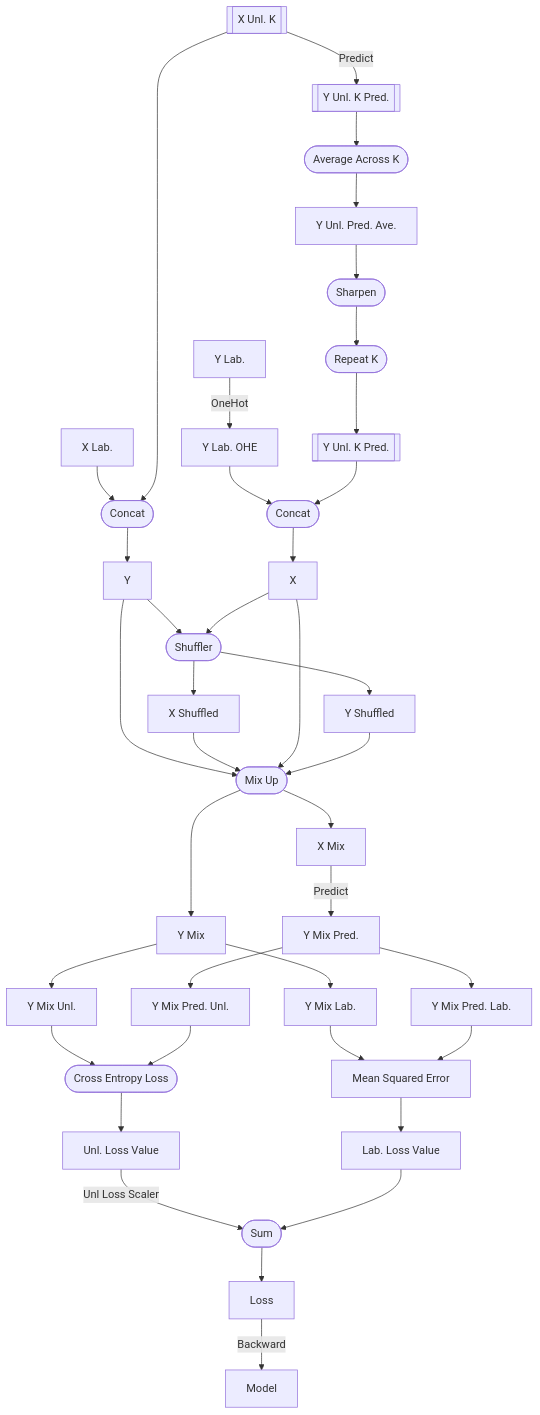
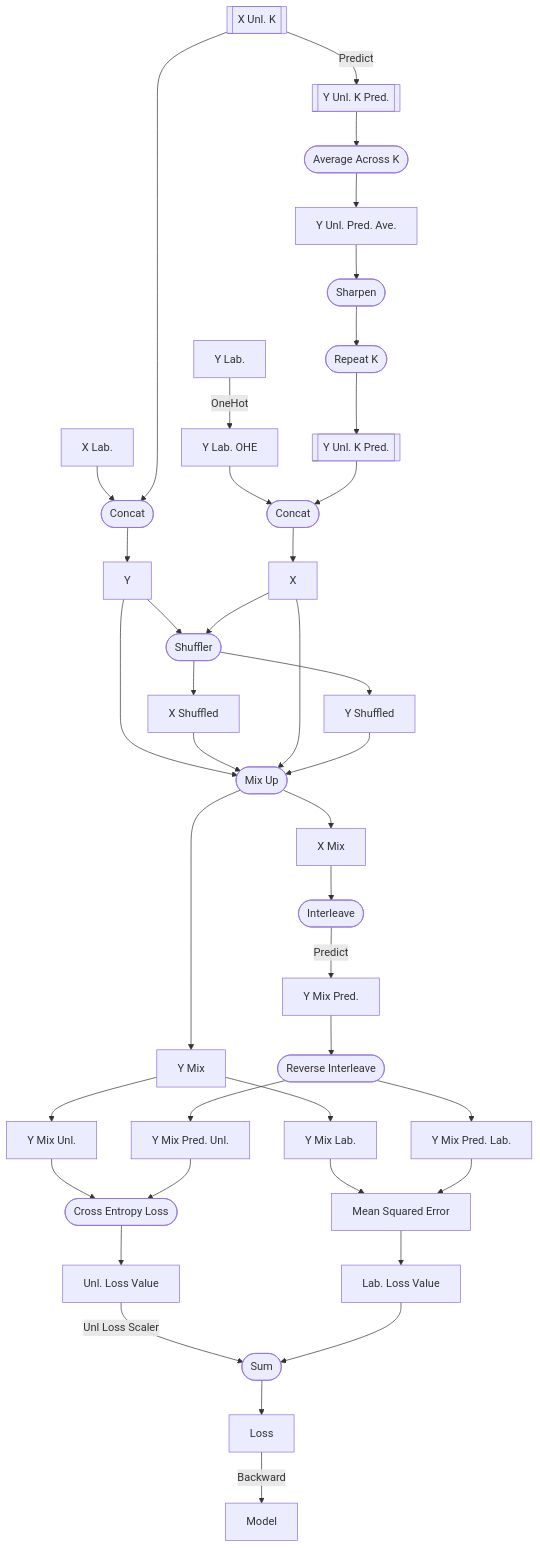
One commit to FR-DC/MixMatch-PyTorch changed the fourth of 4 diagrams in Writerside/topics/Pipeline.md. Above: the diagram before and after it, drawn with Mermaid. The commit also changed other lines of this file and 3 other files, not shown here.

````diff
--- a/Writerside/topics/Pipeline.md
+++ b/Writerside/topics/Pipeline.md
@@ -68,49 +68,51 @@
 ```mermaid
 flowchart TD
     
     YL[Y Lab.] --OneHot--> YLO[Y Lab. OHE]
     XUK[[X Unl. K]] --Predict--> YUPK[[Y Unl. K Pred.]]
     
     YUPK --> YUPA([Average Across K])
     YUPA --> YUP[Y Unl. Pred. Ave.]
     YUP --> YUPAS([Sharpen])
     YUPAS --> YUPR([Repeat K])
     YUPR --> YUPRK[[Y Unl. K Pred.]]
     
     XL[X Lab.] --> XC([Concat])
     XUK  --> XC
     YLO --> YC([Concat])
     YUPRK --> YC([Concat])
     
     XC --> X[X Concat.]
     YC --> Y[Y Concat.]
 
     X[Y] --> S([Shuffler])
     Y[X] --> S
     S --> XS[X Shuffled]
     S --> YS[Y Shuffled]
     X & XS --> MU([Mix Up])
     Y & YS --> MU
     MU --> XM[X Mix]
     MU --> YM[Y Mix]
     
-    XM --Predict--> YMP[Y Mix Pred.]
+    XM --> INT([Interleave])
+    INT --Predict--> YMP[Y Mix Pred.]
+    YMP --> RINT([Reverse Interleave])
     YM --> YMU[Y Mix Unl.]
     YM --> YML[Y Mix Lab.]
-    YMP --> YMPU[Y Mix Pred. Unl.]
-    YMP --> YMPL[Y Mix Pred. Lab.]
+    RINT --> YMPU[Y Mix Pred. Unl.]
+    RINT --> YMPL[Y Mix Pred. Lab.]
     
     YMU --> UL([Cross Entropy Loss])
     YMPU --> UL
     
     UL --> ULV[Unl. Loss Value]
     YML --> LL[Mean Squared Error]
     YMPL --> LL
     LL --> LLV[Lab. Loss Value]
     
     ULV --Unl Loss Scaler--> LS([Sum])
     LLV --> LS
     
     LS --> L[Loss]
     L --Backward--> M[Model]
 ```
````
